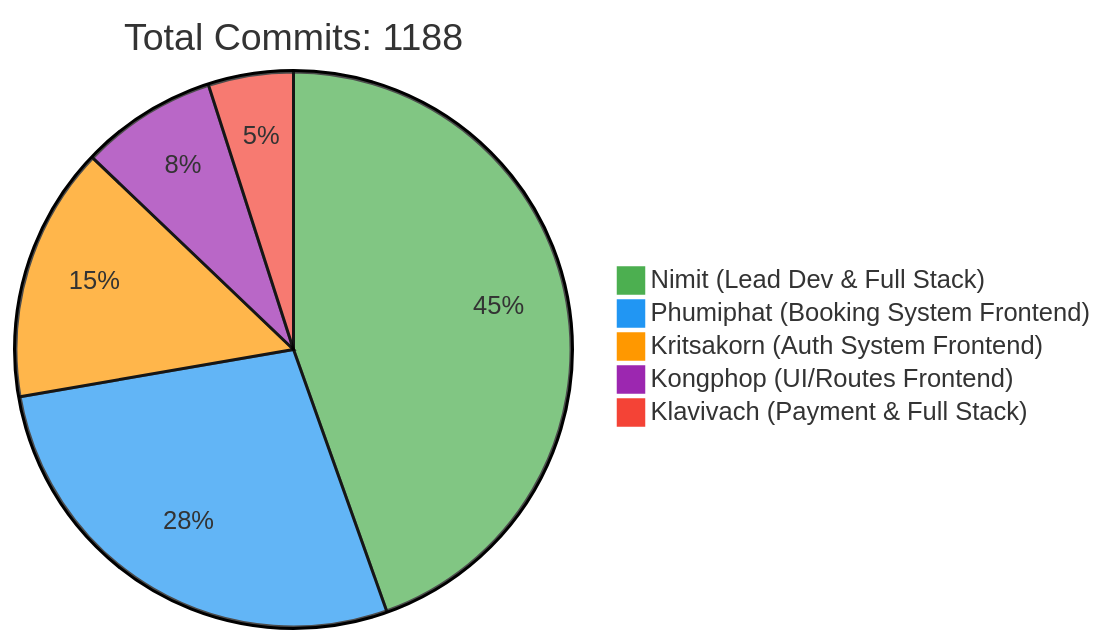
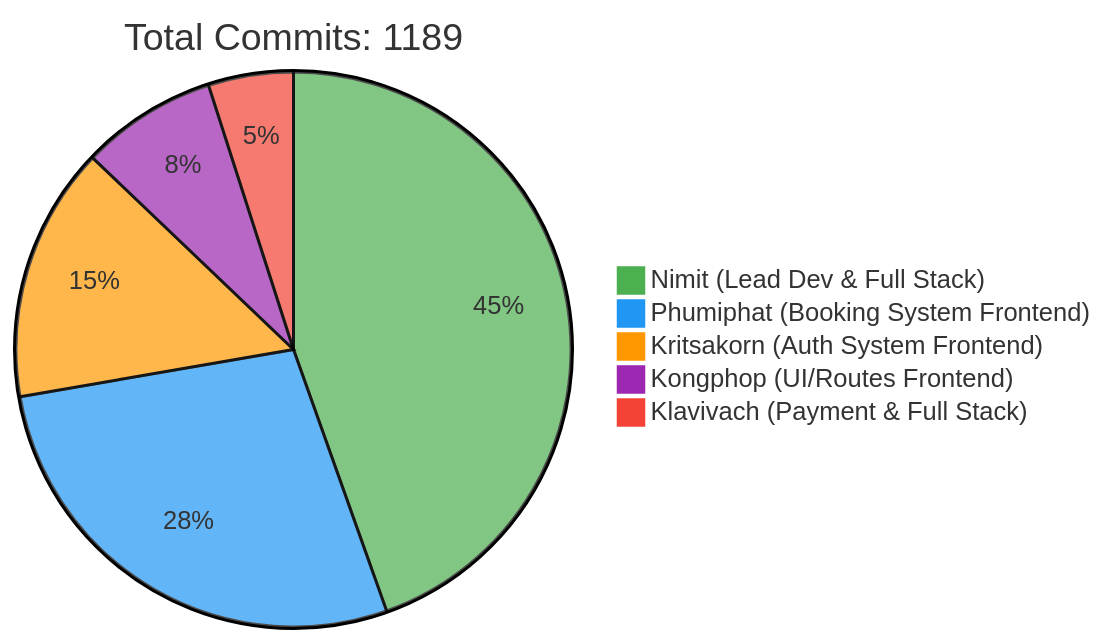
The first of 2 diagrams in README.md (6531503042/Sport-Complex), drawn with Mermaid before and after one commit. The commit also changed other lines of this file, not shown here.

Commit message:
docs: Update contributor statistics [skip ci]

````diff
--- a/README.md
+++ b/README.md
@@ -257,10 +257,10 @@
 ```mermaid
 %%{init: {'theme': 'base', 'themeVariables': { 'pie1': '#4CAF50', 'pie2': '#2196F3', 'pie3': '#FF9800', 'pie4': '#9C27B0', 'pie5': '#F44336'}}}%%
 pie
-    title Total Commits: 1188
+    title Total Commits: 1189
     "Nimit (Lead Dev & Full Stack)" : 450
     "Phumiphat (Booking System Frontend)" : 280
     "Kritsakorn (Auth System Frontend)" : 150
     "Kongphop (UI/Routes Frontend)" : 80
     "Klavivach (Payment & Full Stack)" : 50
 ```
````
